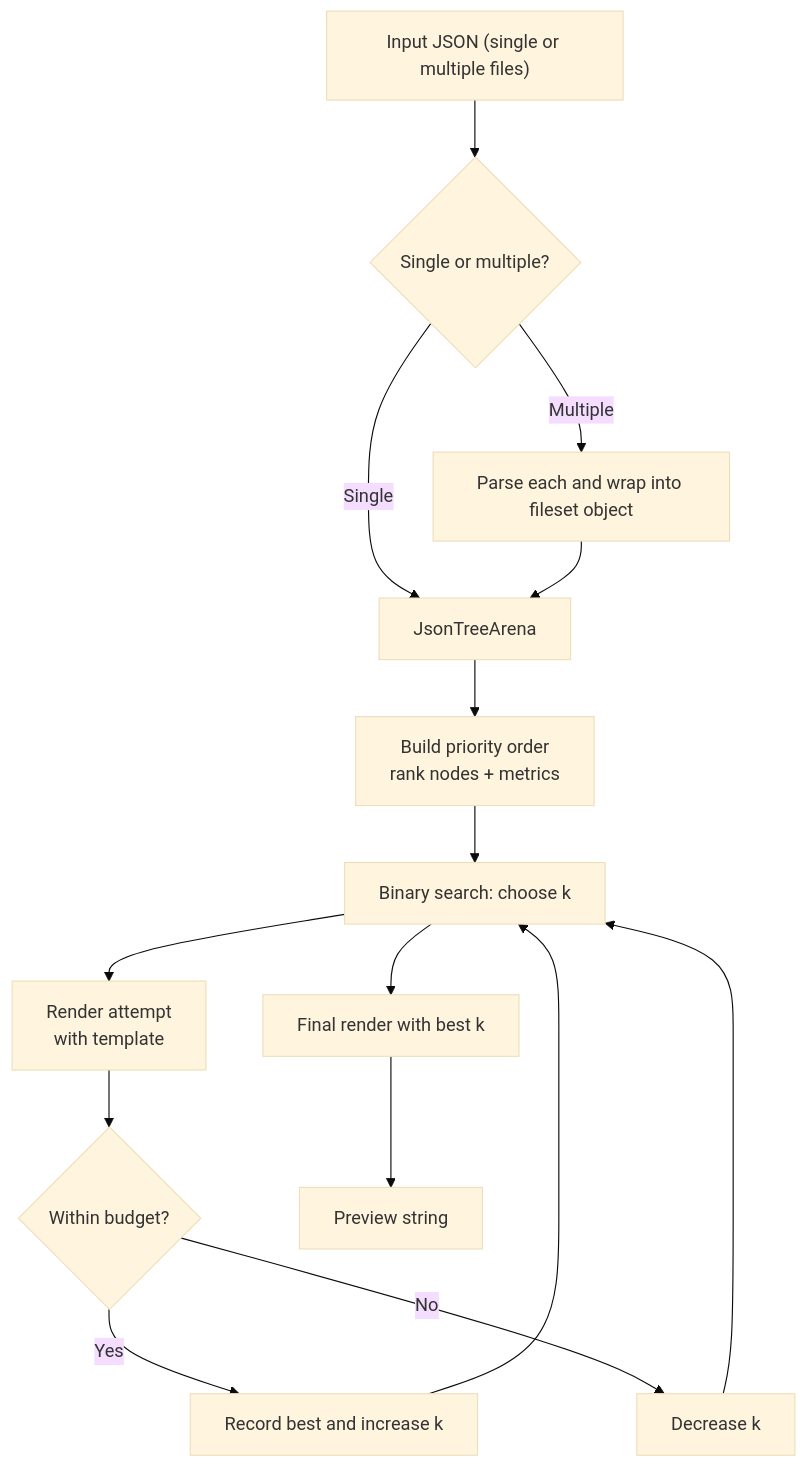
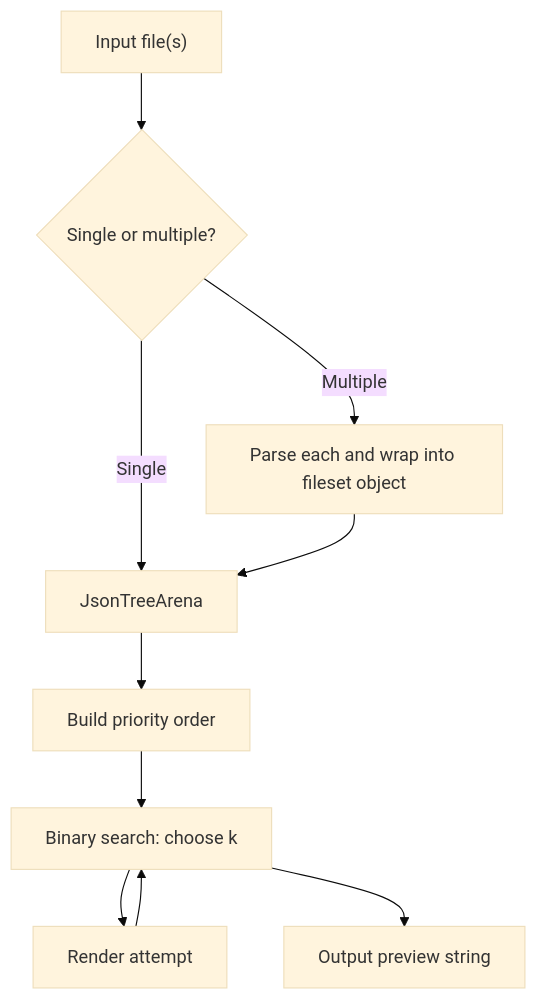
One commit to kantord/headson changed the diagram in README.md. Above: the diagram before and after it, drawn with Mermaid (base theme).

````diff
--- a/README.md
+++ b/README.md
@@ -153,17 +153,11 @@
 ```mermaid
- flowchart TD
-     A["Input JSON (single or multiple files)"] --> B{"Single or multiple?"}
+flowchart TD
+    A["Input file(s)"] --> B{"Single or multiple?"}
     B -- Single --> X["JsonTreeArena"]
-    B -- Multiple --> D["Parse each and wrap into fileset object"]
-    D --> X
-    X --> E["Build priority order<br/>rank nodes + metrics"]
+    B -- Multiple --> D["Parse each and wrap into fileset object"] --> X
+    X --> E["Build priority order"]
     E --> F["Binary search: choose k"]
-    F --> G["Render attempt<br/>with template"]
-    G --> H{"Within budget?"}
-    H -- Yes --> I["Record best and increase k"]
-    H -- No --> J["Decrease k"]
-    I --> F
-    J --> F
-    F --> K["Final render with best k"]
-    K --> L["Preview string"]
+    F --> G["Render attempt"]
+    G --> F
+    F --> H["Output preview string"]
 ```
````
